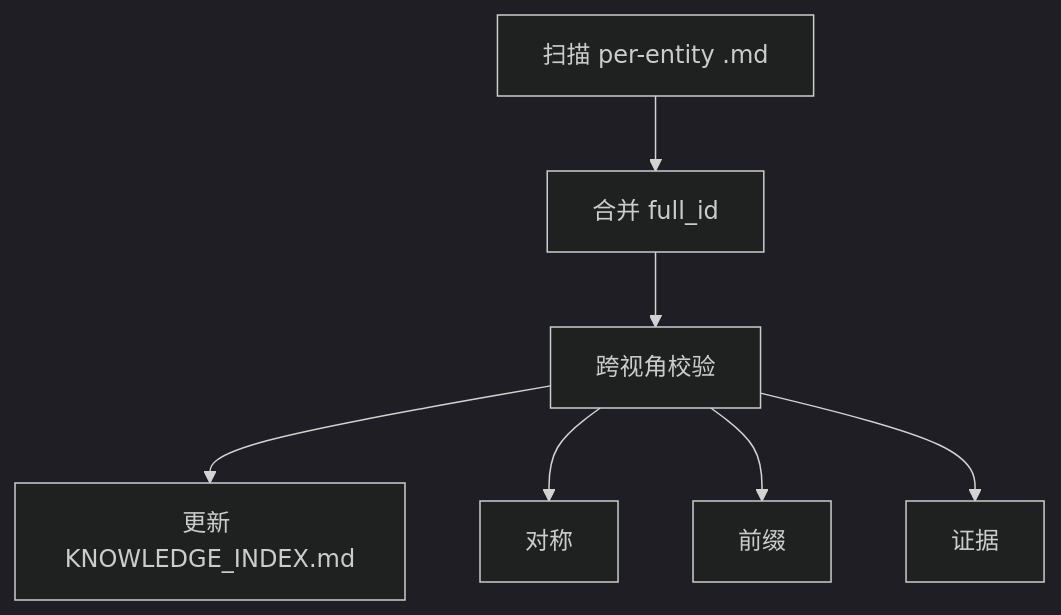
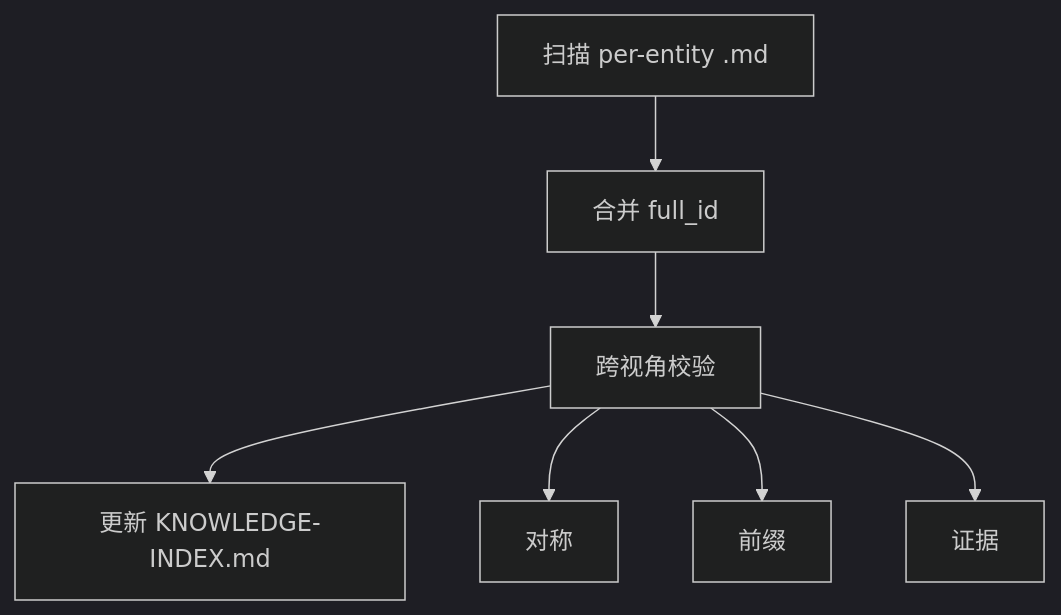
One commit to oleewen/ai-knowledge changed the diagram in agent/skills/docs-build/references/consolidation-spec.md. Above: the diagram before and after it, drawn with Mermaid (dark theme). The commit also changed other lines of this file and 51 other files, not shown here.

First line of the commit message:
refactor(okf): 实体索引迁入 KNOWLEDGE-INDEX.md 并由 docs-build 生成

````diff
--- a/agent/skills/docs-build/references/consolidation-spec.md
+++ b/agent/skills/docs-build/references/consolidation-spec.md
@@ -7,9 +7,9 @@
 ```mermaid
 graph TD
     A[扫描 per-entity .md] --> B[合并 full_id]
     B --> C[跨视角校验]
-    C --> D[更新 KNOWLEDGE_INDEX.md]
+    C --> D[更新 KNOWLEDGE-INDEX.md]
     C --> C1[对称]
     C --> C2[前缀]
     C --> C3[证据]
 ```
````
